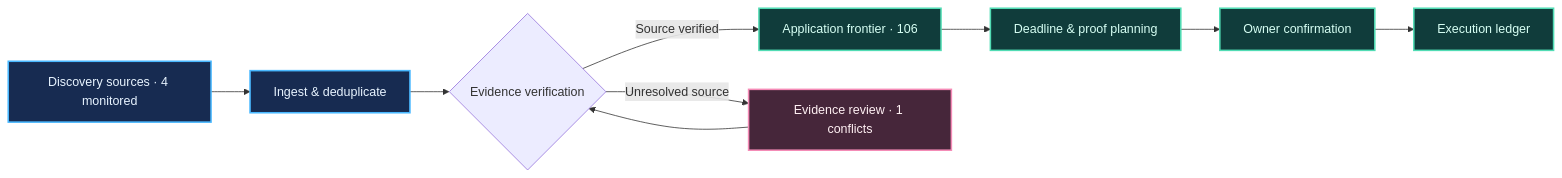
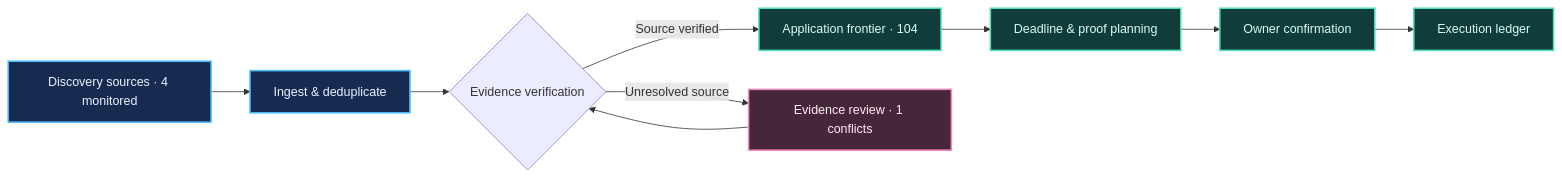
The diagram in docs/diagrams/pipeline.mmd (Armanasq/phd_tracker), drawn with Mermaid before and after one commit. The commit also changed 39 other files, not shown here.

```diff
--- a/docs/diagrams/pipeline.mmd
+++ b/docs/diagrams/pipeline.mmd
@@ -1,15 +1,15 @@
 flowchart LR
     A["Discovery sources · 4 monitored"] --> B["Ingest & deduplicate"]
     B --> C{"Evidence verification"}
-    C -->|"Source verified"| D["Application frontier · 106"]
+    C -->|"Source verified"| D["Application frontier · 104"]
     C -->|"Unresolved source"| E["Evidence review · 1 conflicts"]
     E --> C
     D --> F["Deadline & proof planning"]
     F --> G["Owner confirmation"]
     G --> H["Execution ledger"]
     classDef source fill:#172b51,color:#e8f4ff,stroke:#49b8ff,stroke-width:2px
     classDef verified fill:#103c3b,color:#d7fff4,stroke:#51dcb4,stroke-width:2px
     classDef attention fill:#46263a,color:#fff0f3,stroke:#f58bb7,stroke-width:2px
     class A,B source
     class D,F,G,H verified
     class E attention
```
